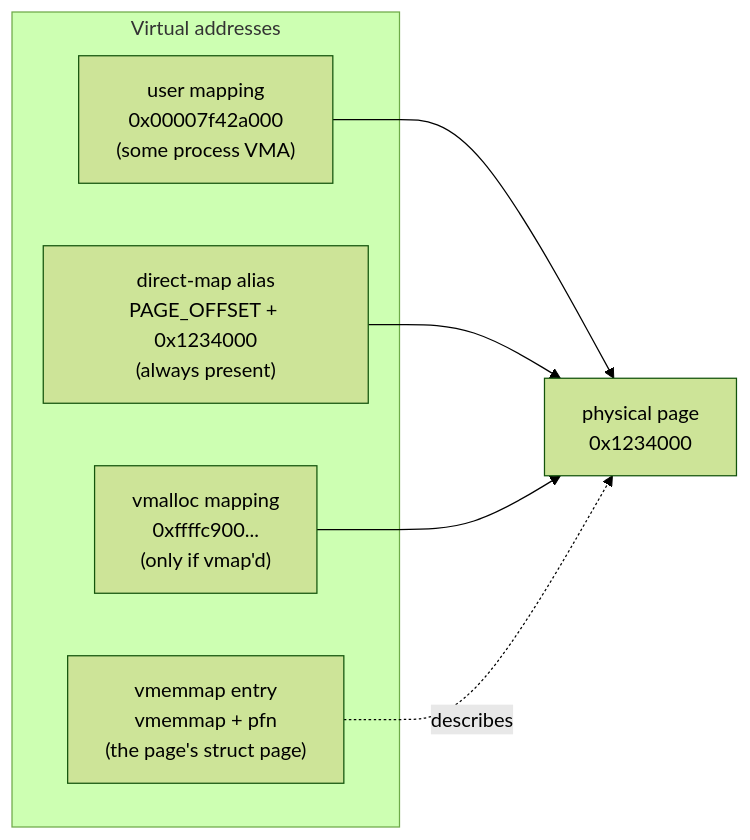
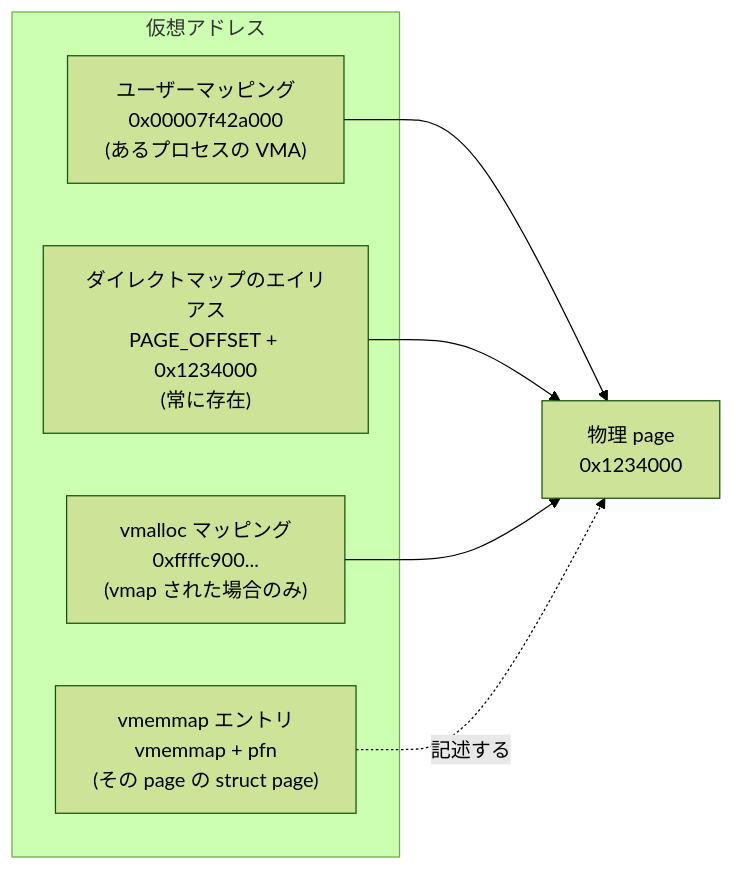
Before and after one commit to doguto/linux-kernel-internals-jp: the diagram in docs/mm/kernel-address-space.md, drawn with Mermaid (forest theme). The commit also changed other lines of this file and 4 other files, not shown here.

````diff
--- a/docs/mm/kernel-address-space.md
+++ b/docs/mm/kernel-address-space.md
@@ -92,14 +92,14 @@
 ```mermaid
 flowchart LR
-    subgraph VA["Virtual addresses"]
-        U["user mapping<br/>0x00007f42a000<br/>(some process VMA)"]
-        D["direct-map alias<br/>PAGE_OFFSET + 0x1234000<br/>(always present)"]
-        V["vmalloc mapping<br/>0xffffc900...<br/>(only if vmap'd)"]
-        M["vmemmap entry<br/>vmemmap + pfn<br/>(the page's struct page)"]
+    subgraph VA["仮想アドレス"]
+        U["ユーザーマッピング<br/>0x00007f42a000<br/>(あるプロセスの VMA)"]
+        D["ダイレクトマップのエイリアス<br/>PAGE_OFFSET + 0x1234000<br/>(常に存在)"]
+        V["vmalloc マッピング<br/>0xffffc900...<br/>(vmap された場合のみ)"]
+        M["vmemmap エントリ<br/>vmemmap + pfn<br/>(その page の struct page)"]
     end
-    P["physical page<br/>0x1234000"]
+    P["物理 page<br/>0x1234000"]
     U --> P
     D --> P
     V --> P
-    M -. "describes" .-> P
+    M -. "記述する" .-> P
 ```
````
